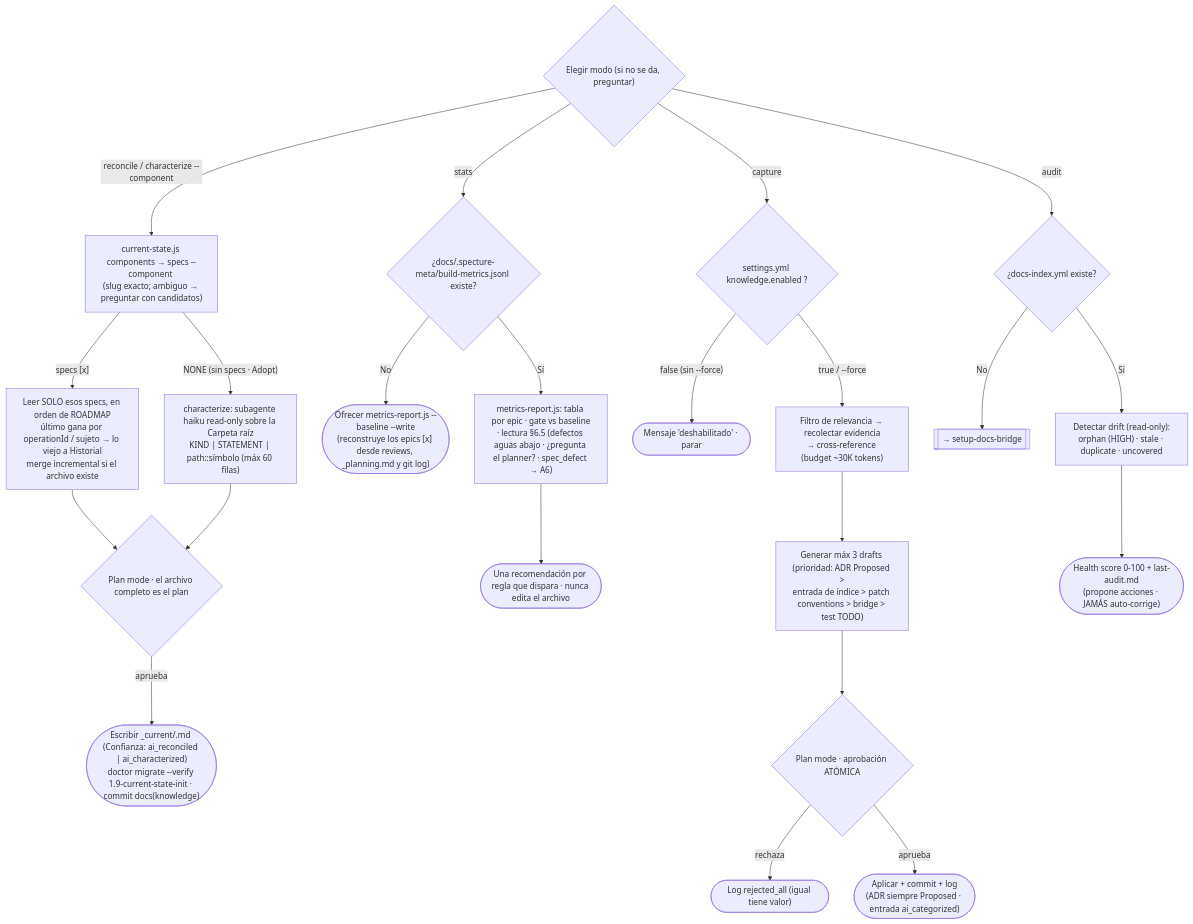
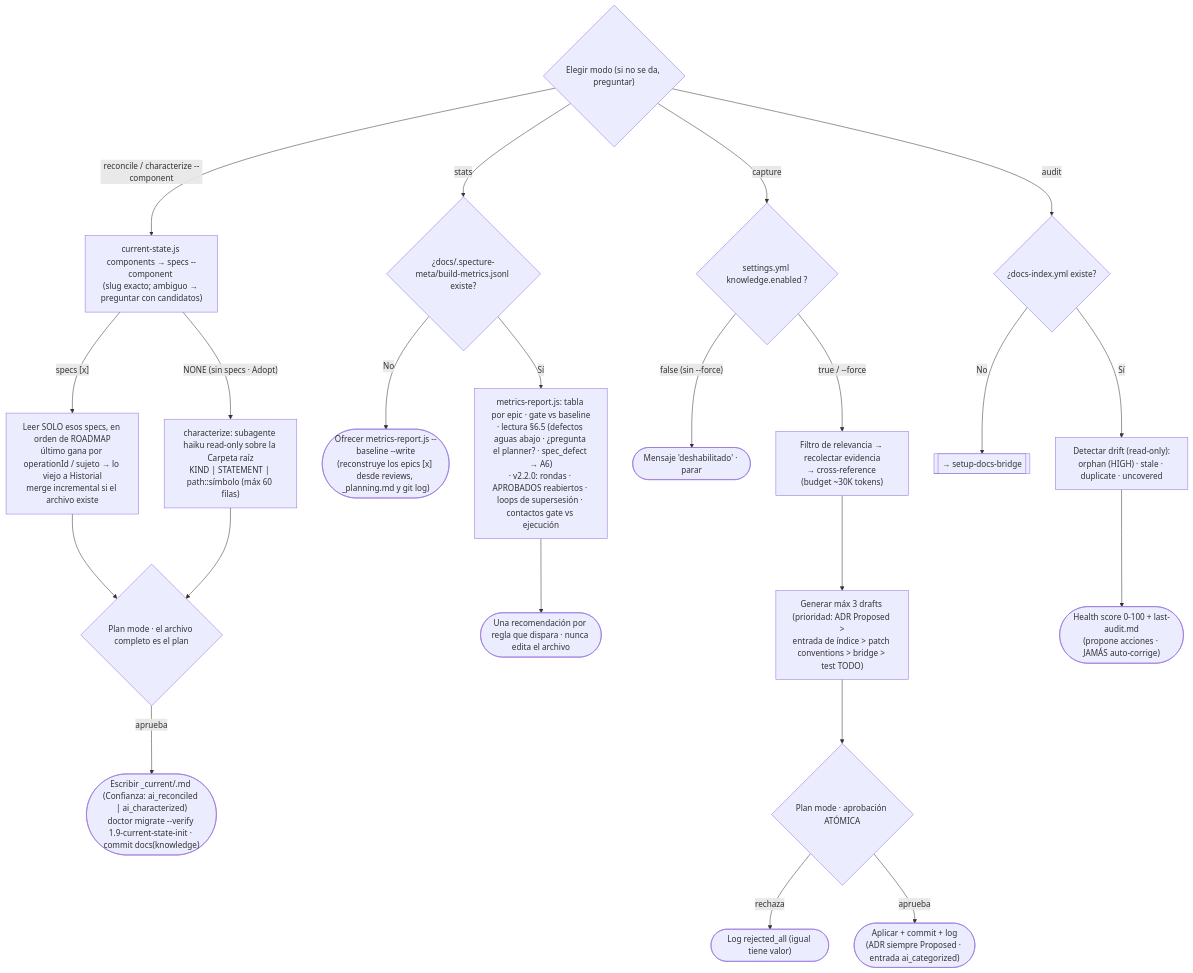
Before and after one commit to FerEscobarDev/Specture: diagram 18 of 20 in docs/execution-flows.md, drawn with Mermaid. The commit also changed other lines of this file and 9 other files, not shown here.

````diff
--- a/docs/execution-flows.md
+++ b/docs/execution-flows.md
@@ -462,29 +566,29 @@
 ```mermaid
 flowchart TD
     M{"Elegir modo (si no se da, preguntar)"}
 
     M -->|"reconcile / characterize --component"| R0["current-state.js components → specs --component <slug><br/>(slug exacto; ambiguo → preguntar con candidatos)"]
     R0 -->|"specs [x]"| R1["Leer SOLO esos specs, en orden de ROADMAP<br/>último gana por operationId / sujeto → lo viejo a Historial<br/>merge incremental si el archivo existe"]
     R0 -->|"NONE (sin specs · Adopt)"| R2["characterize: subagente haiku read-only sobre la Carpeta raíz<br/>KIND | STATEMENT | path::símbolo (máx 60 filas)"]
     R1 --> R3{"Plan mode · el archivo completo es el plan"}
     R2 --> R3
     R3 -->|"aprueba"| R4(["Escribir _current/<slug>.md (Confianza: ai_reconciled | ai_characterized)<br/>doctor migrate --verify 1.9-current-state-init · commit docs(knowledge)"])
 
     M -->|"stats"| ST0{"¿docs/.specture-meta/build-metrics.jsonl existe?"}
     ST0 -->|No| ST1(["Ofrecer metrics-report.js --baseline --write<br/>(reconstruye los epics [x] desde reviews, _planning.md y git log)"])
-    ST0 -->|Sí| ST2["metrics-report.js: tabla por epic · gate vs baseline<br/>· lectura §6.5 (defectos aguas abajo · ¿pregunta el planner? · spec_defect → A6)"]
+    ST0 -->|Sí| ST2["metrics-report.js: tabla por epic · gate vs baseline<br/>· lectura §6.5 (defectos aguas abajo · ¿pregunta el planner? · spec_defect → A6)<br/>· v2.2.0: rondas · APROBADOS reabiertos · loops de supersesión · contactos gate vs ejecución"]
     ST2 --> ST3(["Una recomendación por regla que dispara · nunca edita el archivo"])
 
     M -->|"capture"| C0{"settings.yml knowledge.enabled ?"}
     C0 -->|"false (sin --force)"| STOP1(["Mensaje 'deshabilitado' · parar"])
     C0 -->|"true / --force"| C1["Filtro de relevancia → recolectar evidencia<br/>→ cross-reference (budget ~30K tokens)"]
     C1 --> C3["Generar máx 3 drafts (prioridad: ADR Proposed ><br/>entrada de índice > patch conventions > bridge > test TODO)"]
     C3 --> C4{"Plan mode · aprobación ATÓMICA"}
     C4 -->|"rechaza"| LOG(["Log rejected_all (igual tiene valor)"])
     C4 -->|"aprueba"| C5(["Aplicar + commit + log<br/>(ADR siempre Proposed · entrada ai_categorized)"])
 
     M -->|"audit"| A0{"¿docs-index.yml existe?"}
     A0 -->|No| BRG[["→ setup-docs-bridge"]]
     A0 -->|Sí| A2["Detectar drift (read-only):<br/>orphan (HIGH) · stale · duplicate · uncovered"]
     A2 --> A4(["Health score 0-100 + last-audit.md<br/>(propone acciones · JAMÁS auto-corrige)"])
 ```
````
